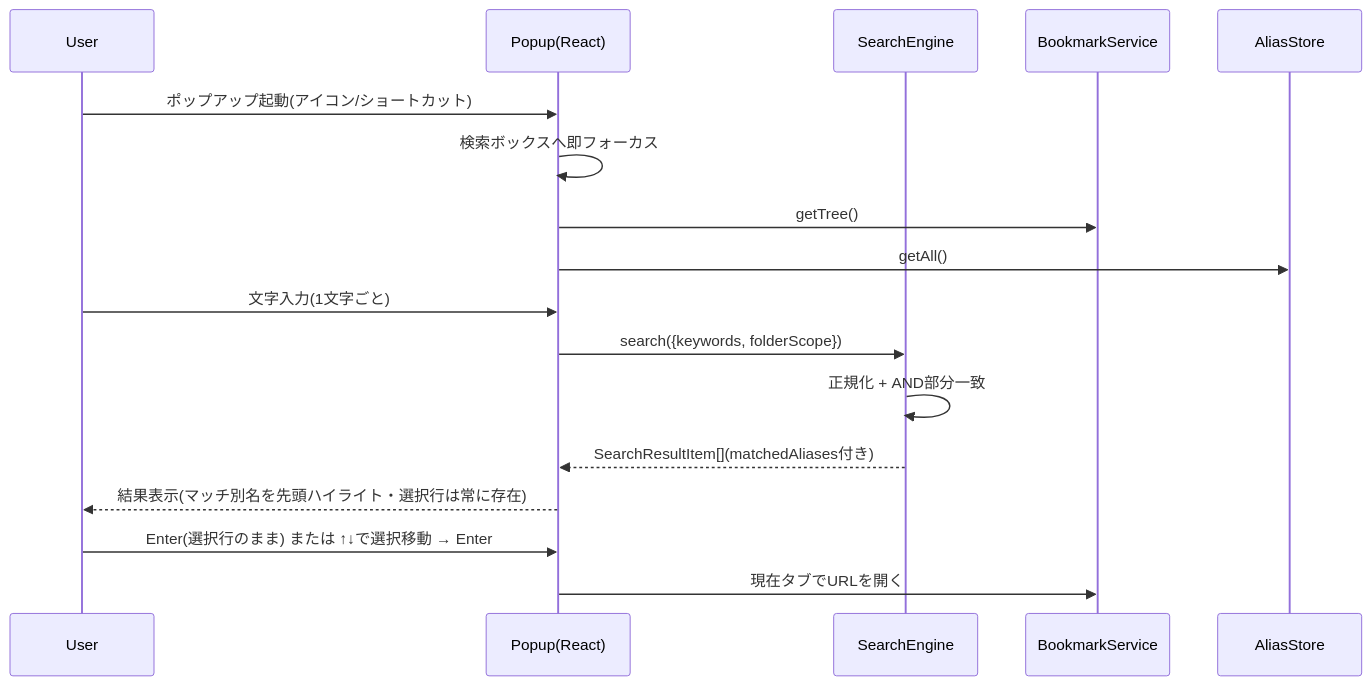
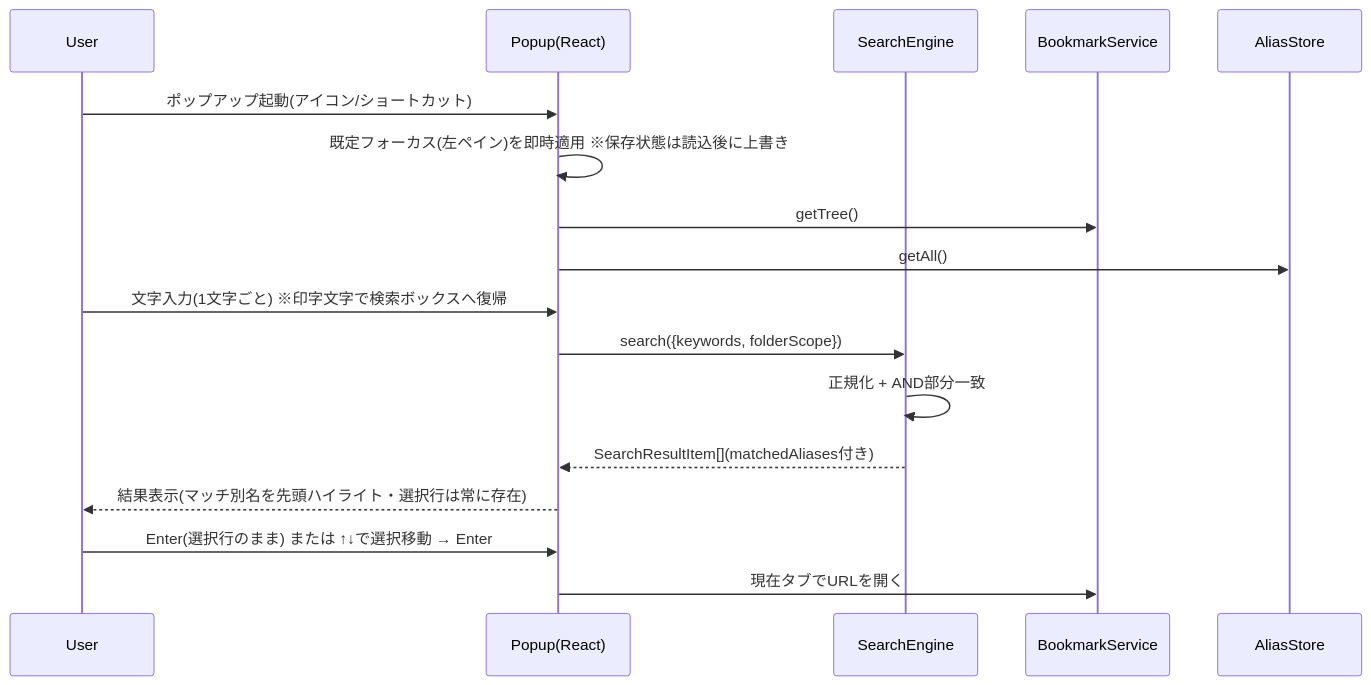
The third of 8 diagrams in docs/functional-design.md (RyumaKazue/Findmark), drawn with Mermaid before and after one commit. The commit also changed other lines of this file and 12 other files, not shown here.

First line of the commit message:
feat(popup): フォーカス3状態(検索ボックス/右ペイン/左ペイン)を実装 (U8a)

````diff
--- a/docs/functional-design.md
+++ b/docs/functional-design.md
@@ -422,20 +436,20 @@
 ```mermaid
 sequenceDiagram
     participant User
     participant Popup as Popup(React)
     participant Engine as SearchEngine
     participant BM as BookmarkService
     participant Alias as AliasStore
 
     User->>Popup: ポップアップ起動(アイコン/ショートカット)
-    Popup->>Popup: 検索ボックスへ即フォーカス
+    Popup->>Popup: 既定フォーカス(左ペイン)を即時適用 ※保存状態は読込後に上書き
     Popup->>BM: getTree()
     Popup->>Alias: getAll()
-    User->>Popup: 文字入力(1文字ごと)
+    User->>Popup: 文字入力(1文字ごと) ※印字文字で検索ボックスへ復帰
     Popup->>Engine: search({keywords, folderScope})
     Engine->>Engine: 正規化 + AND部分一致
     Engine-->>Popup: SearchResultItem[](matchedAliases付き)
     Popup-->>User: 結果表示(マッチ別名を先頭ハイライト・選択行は常に存在)
     User->>Popup: Enter(選択行のまま) または ↑↓で選択移動 → Enter
     Popup->>BM: 現在タブでURLを開く
 ```
````
